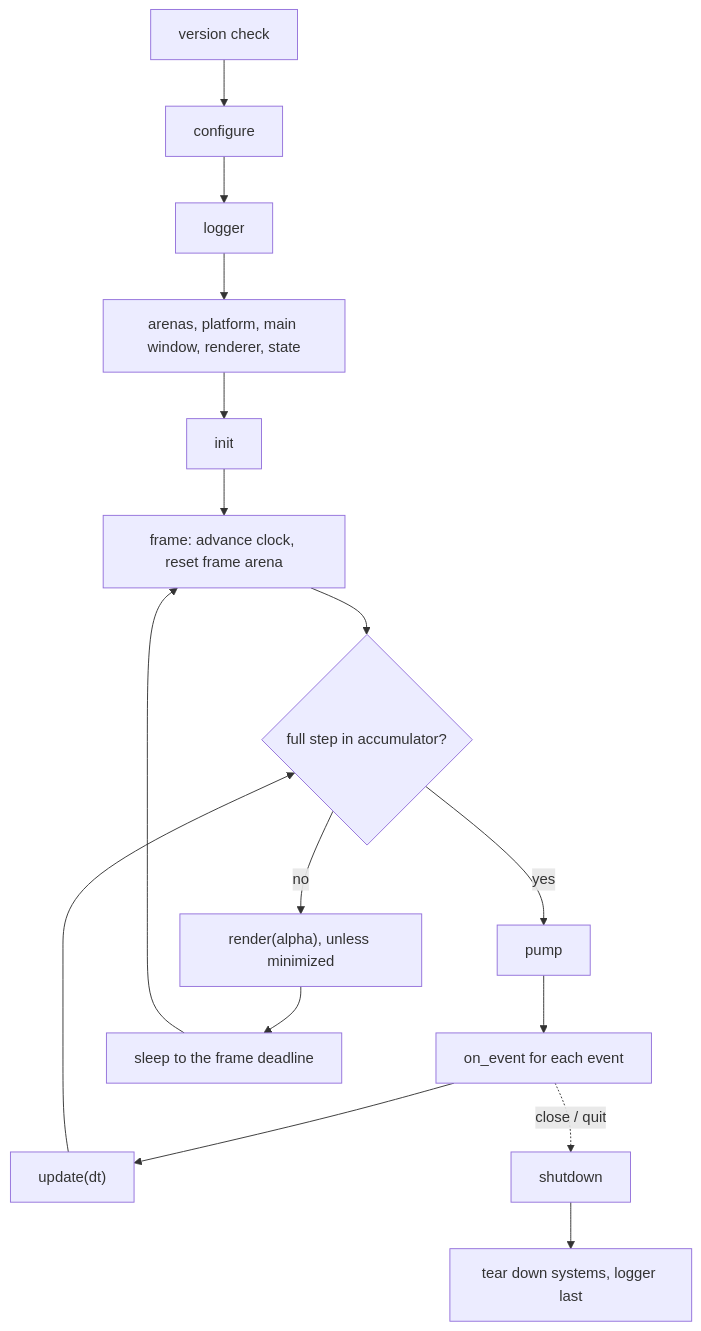
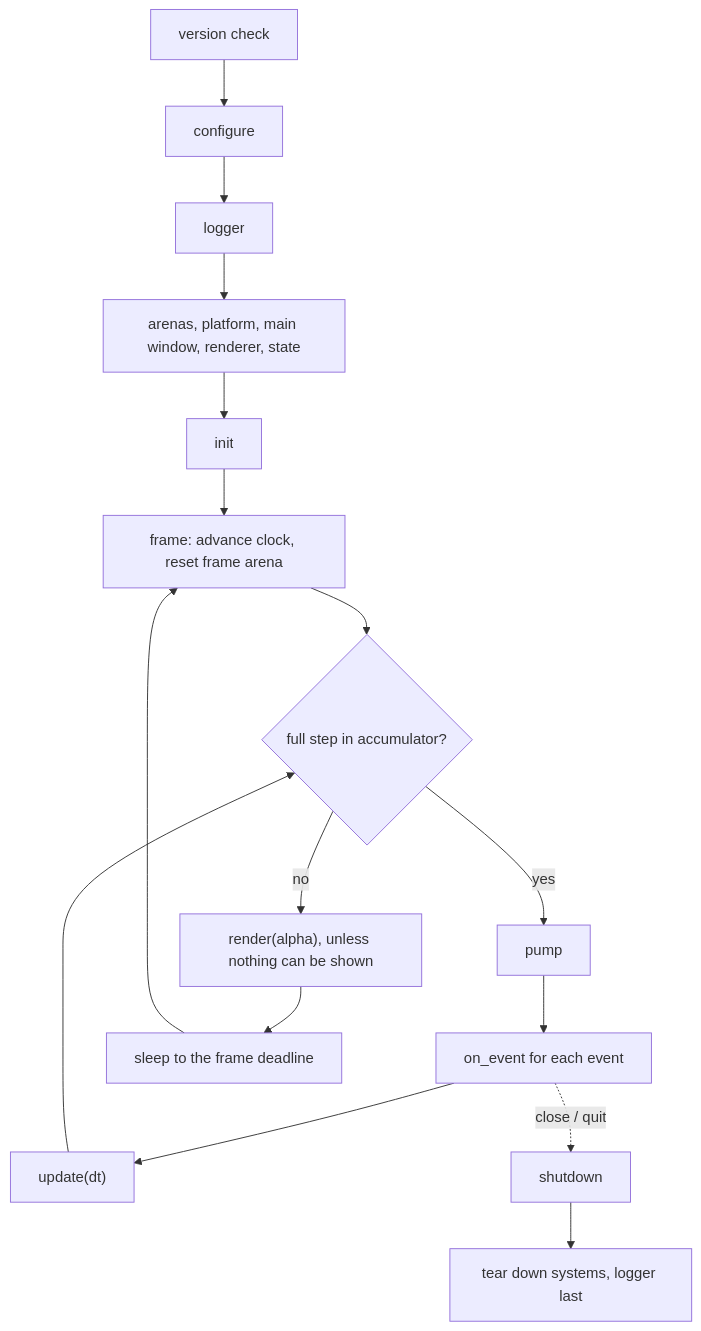
One commit to aski97/reborn-engine changed the diagram in docs/features/app.md. Above: the diagram before and after it, drawn with Mermaid. The commit also changed other lines of this file and 29 other files, not shown here.

````diff
--- a/docs/features/app.md
+++ b/docs/features/app.md
@@ -59,9 +62,9 @@
 ```mermaid
 flowchart TD
     V[version check] --> C[configure] --> LG[logger] --> S[arenas, platform, main window, renderer, state] --> I[init]
     I --> F[frame: advance clock, reset frame arena]
     F --> Q{full step in accumulator?}
     Q -- yes --> P[pump] --> E[on_event for each event] --> U["update(dt)"] --> Q
-    Q -- no --> R["render(alpha), unless minimized"] --> W[sleep to the frame deadline] --> F
+    Q -- no --> R["render(alpha), unless nothing can be shown"] --> W[sleep to the frame deadline] --> F
     E -. close / quit .-> D[shutdown] --> T[tear down systems, logger last]
 ```
````
